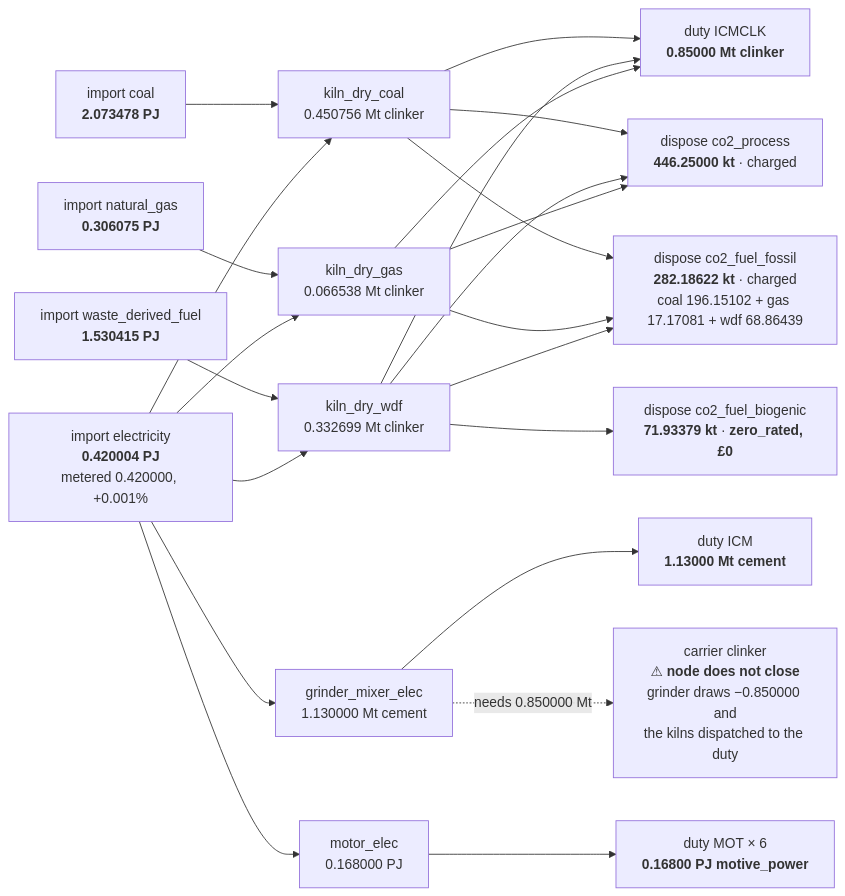
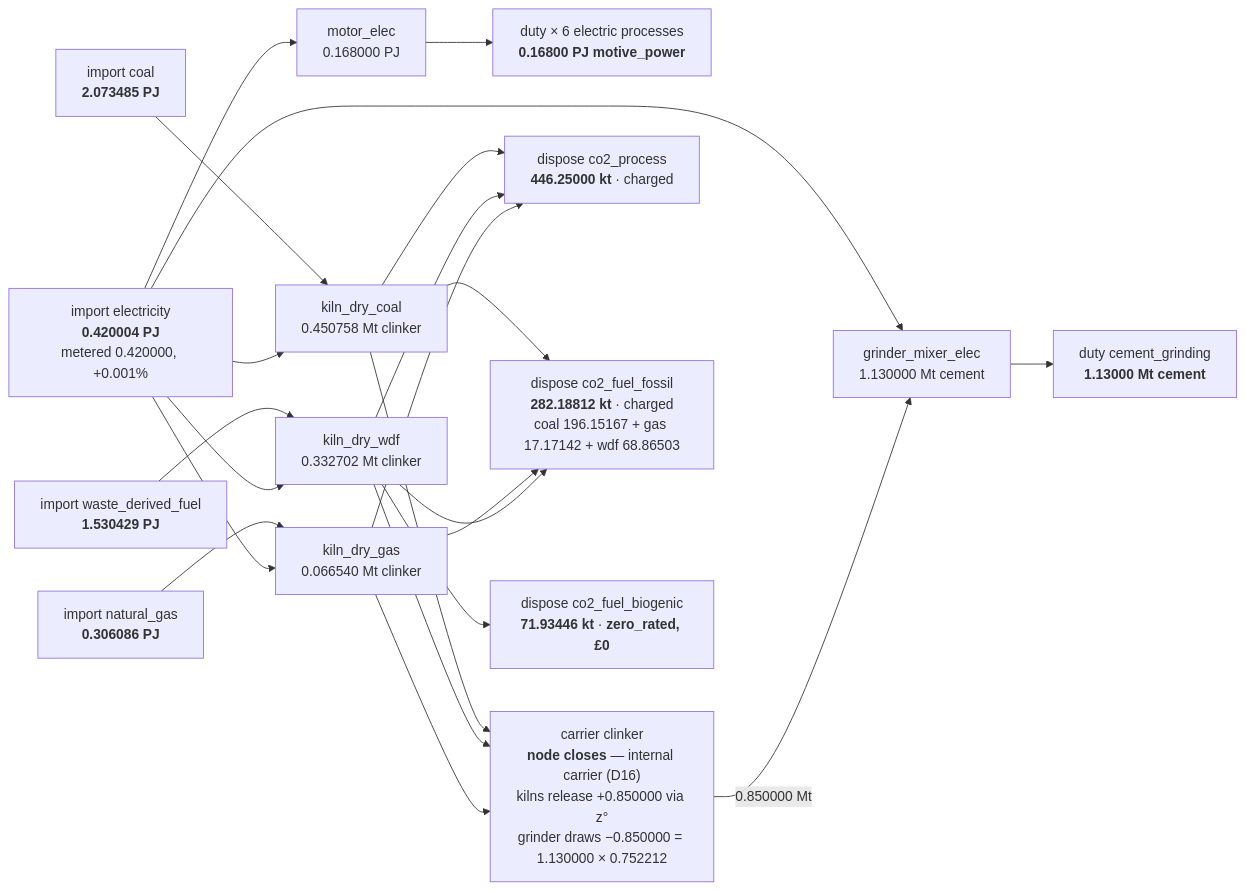
Before and after one commit to AlexandreLab/comit: the third of 7 diagrams in docs/notes/19_worked_example_data_flow.md, drawn with Mermaid. The commit also changed other lines of this file and 22 other files, not shown here.

First line of the commit message:
docs(spec): D16 site boundary on the carrier, host tables, biogenic CO2 accounted

````diff
--- a/docs/notes/19_worked_example_data_flow.md
+++ b/docs/notes/19_worked_example_data_flow.md
@@ -138,47 +142,46 @@
 ```mermaid
 flowchart LR
-  IC["import coal<br/><b>2.073478 PJ</b>"]
-  IG["import natural_gas<br/><b>0.306075 PJ</b>"]
-  IW["import waste_derived_fuel<br/><b>1.530415 PJ</b>"]
+  IC["import coal<br/><b>2.073485 PJ</b>"]
+  IG["import natural_gas<br/><b>0.306086 PJ</b>"]
+  IW["import waste_derived_fuel<br/><b>1.530429 PJ</b>"]
   IE["import electricity<br/><b>0.420004 PJ</b><br/>metered 0.420000, +0.001%"]
 
-  KC["kiln_dry_coal<br/>0.450756 Mt clinker"]
-  KW["kiln_dry_wdf<br/>0.332699 Mt clinker"]
-  KG["kiln_dry_gas<br/>0.066538 Mt clinker"]
+  KC["kiln_dry_coal<br/>0.450758 Mt clinker"]
+  KW["kiln_dry_wdf<br/>0.332702 Mt clinker"]
+  KG["kiln_dry_gas<br/>0.066540 Mt clinker"]
   GR["grinder_mixer_elec<br/>1.130000 Mt cement"]
   MO["motor_elec<br/>0.168000 PJ"]
 
-  DCLK["duty ICMCLK<br/><b>0.85000 Mt clinker</b>"]
-  DCEM["duty ICM<br/><b>1.13000 Mt cement</b>"]
-  DMOT["duty MOT × 6<br/><b>0.16800 PJ motive_power</b>"]
+  DCEM["duty cement_grinding<br/><b>1.13000 Mt cement</b>"]
+  DMOT["duty × 6 electric processes<br/><b>0.16800 PJ motive_power</b>"]
 
-  CLK["carrier clinker<br/>⚠ <b>node does not close</b><br/>grinder draws −0.850000 and<br/>the kilns dispatched to the duty"]
+  CLK["carrier clinker<br/><b>node closes</b> — internal carrier (D16)<br/>kilns release +0.850000 via z°<br/>grinder draws −0.850000 = 1.130000 × 0.752212"]
 
   DP["dispose co2_process<br/><b>446.25000 kt</b> · charged"]
-  DF["dispose co2_fuel_fossil<br/><b>282.18622 kt</b> · charged<br/>coal 196.15102 + gas 17.17081 + wdf 68.86439"]
-  DB["dispose co2_fuel_biogenic<br/><b>71.93379 kt</b> · <b>zero_rated, £0</b>"]
+  DF["dispose co2_fuel_fossil<br/><b>282.18812 kt</b> · charged<br/>coal 196.15167 + gas 17.17142 + wdf 68.86503"]
+  DB["dispose co2_fuel_biogenic<br/><b>71.93446 kt</b> · <b>zero_rated, £0</b>"]
 
   IC --> KC
   IG --> KG
   IW --> KW
   IE --> KC
   IE --> KW
   IE --> KG
   IE --> GR
   IE --> MO
 
-  KC --> DCLK
-  KW --> DCLK
-  KG --> DCLK
+  KC --> CLK
+  KW --> CLK
+  KG --> CLK
   GR --> DCEM
   MO --> DMOT
-  GR -.->|"needs 0.850000 Mt"| CLK
+  CLK -->|"0.850000 Mt"| GR
 
   KC --> DP
   KW --> DP
   KG --> DP
   KC --> DF
   KG --> DF
   KW --> DF
   KW --> DB
 ```
````
